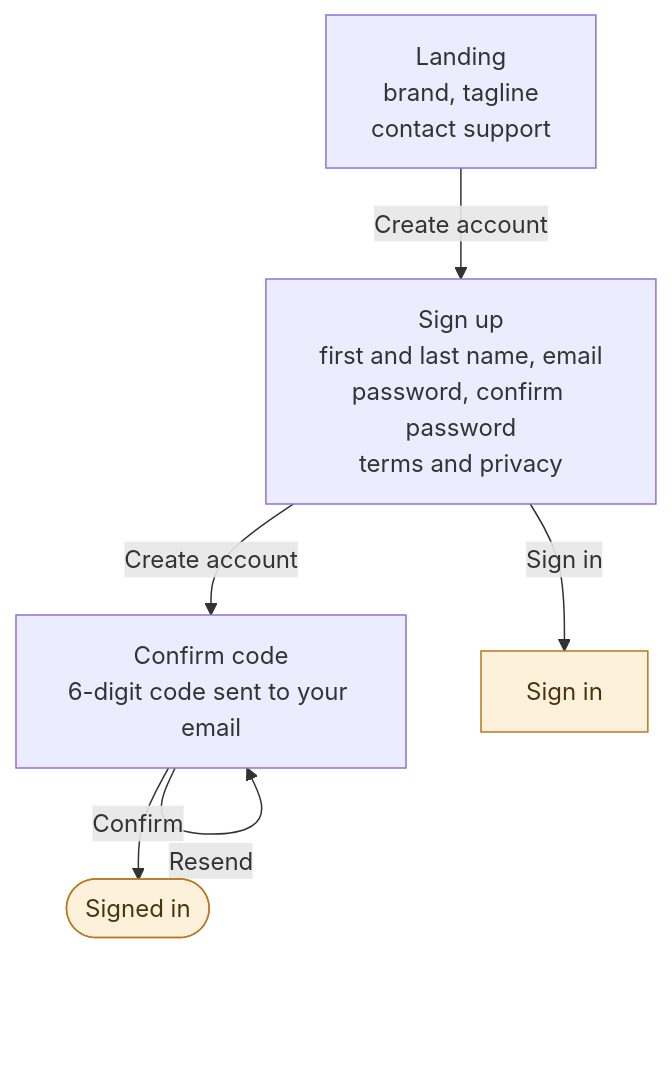
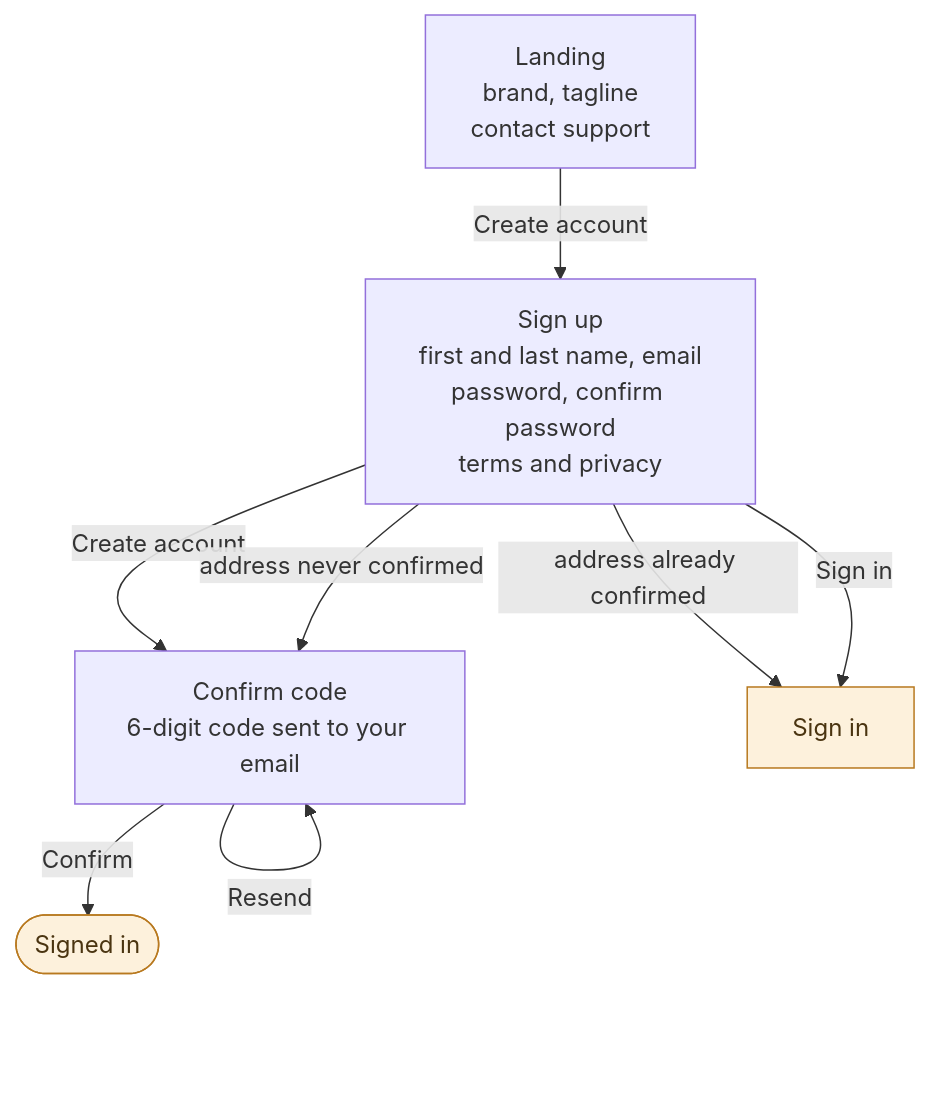
The second of 15 diagrams in docs/PRD.md (care-giver-app/caregiver-v2), drawn with Mermaid before and after one commit. The commit also changed other lines of this file and 3 other files, not shown here.

````diff
--- a/docs/PRD.md
+++ b/docs/PRD.md
@@ -273,17 +343,19 @@
 ```mermaid
 flowchart TD
     Landing["Landing<br/>brand, tagline<br/>contact support"]
     SignUp["Sign up<br/>first and last name, email<br/>password, confirm password<br/>terms and privacy"]
     Confirm["Confirm code<br/>6-digit code sent to your email"]
     SignIn["Sign in"]
     SignedIn(["Signed in"])
 
     Landing -- "Create account" --> SignUp
     SignUp -- "Create account" --> Confirm
+    SignUp -- "address already confirmed" --> SignIn
+    SignUp -- "address never confirmed" --> Confirm
     Confirm -- "Resend" --> Confirm
     Confirm -- "Confirm" --> SignedIn
     SignUp -- "Sign in" --> SignIn
 
     classDef handoff fill:#FDF1DC,stroke:#B8791F,color:#4A3410
     class SignIn,SignedIn handoff
 ```
````
